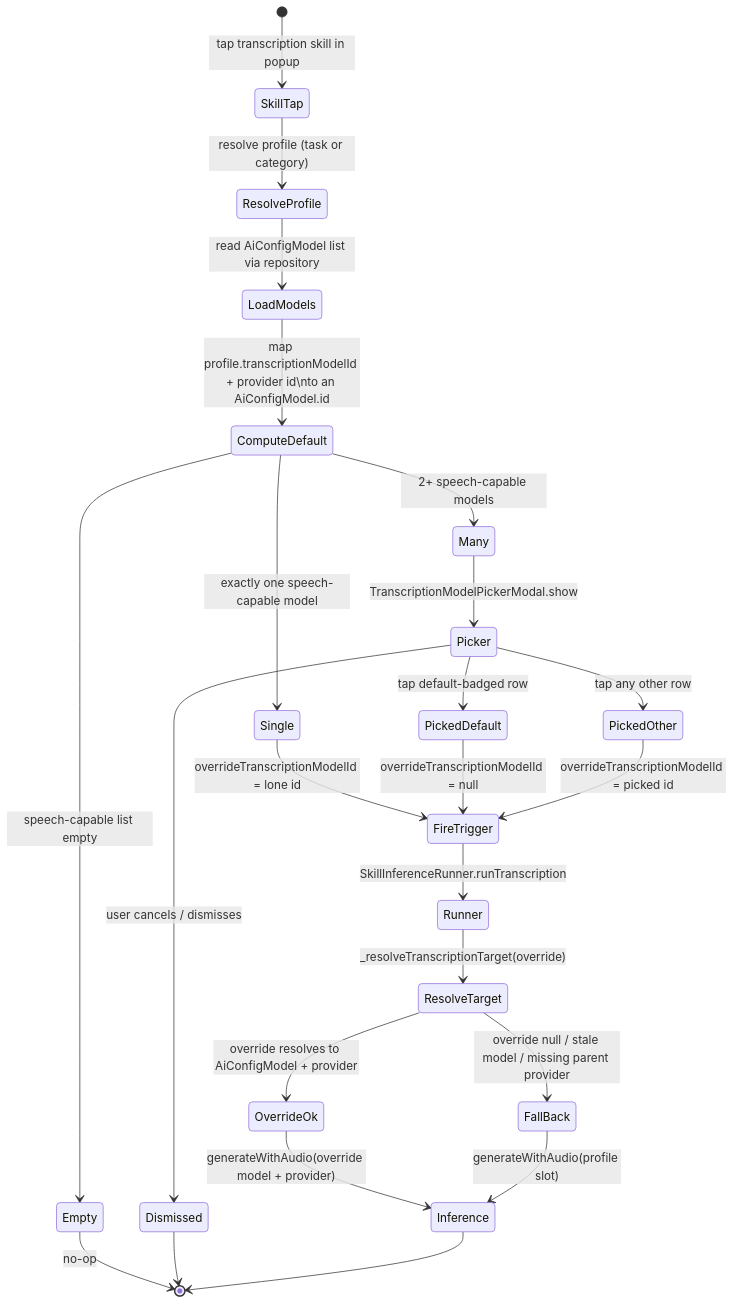
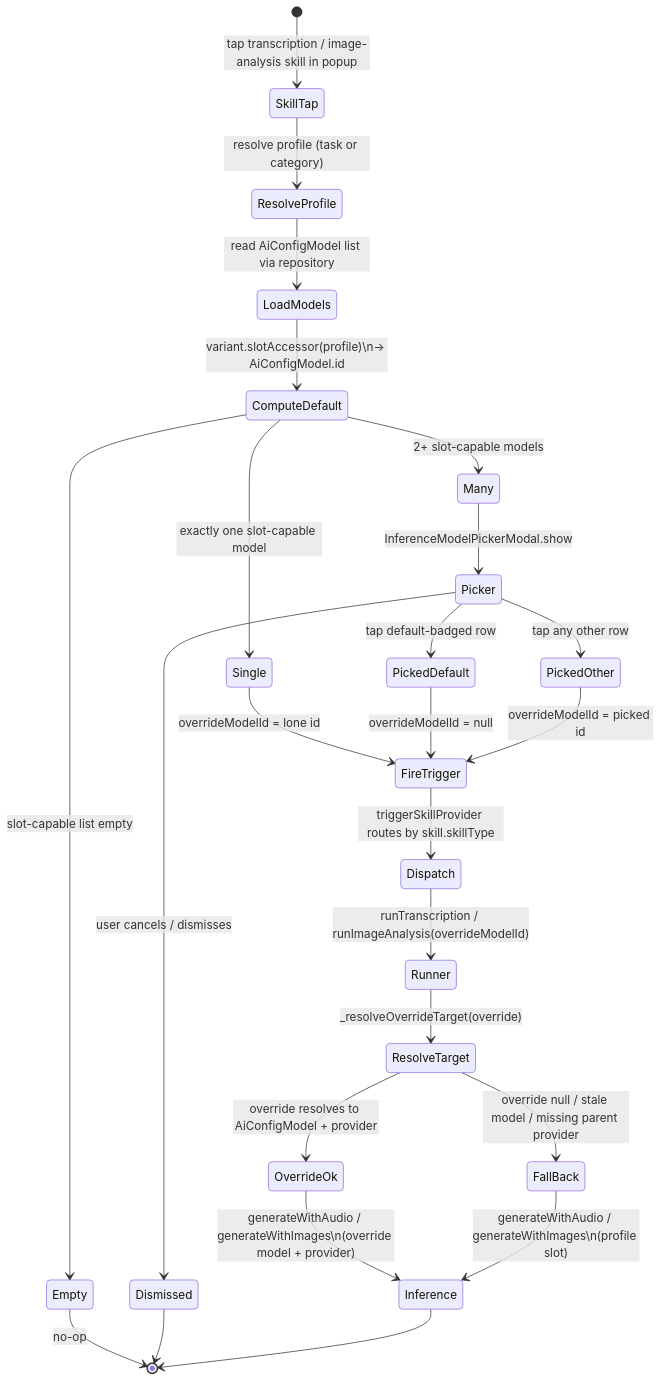
Before and after one commit to matthiasn/lotti: the fifth of 8 diagrams in lib/features/ai/README.md, drawn with Mermaid. The commit also changed other lines of this file and 24 other files, not shown here.

Commit message:
feat: per-invocation image-analysis model picker in AI popup

````diff
--- a/lib/features/ai/README.md
+++ b/lib/features/ai/README.md
@@ -278,26 +280,27 @@
 ```mermaid
 stateDiagram-v2
-  [*] --> SkillTap: tap transcription skill in popup
+  [*] --> SkillTap: tap transcription / image-analysis skill in popup
   SkillTap --> ResolveProfile: resolve profile (task or category)
   ResolveProfile --> LoadModels: read AiConfigModel list via repository
-  LoadModels --> ComputeDefault: map profile.transcriptionModelId + provider id\nto an AiConfigModel.id
-  ComputeDefault --> Empty: speech-capable list empty
-  ComputeDefault --> Single: exactly one speech-capable model
-  ComputeDefault --> Many: 2+ speech-capable models
+  LoadModels --> ComputeDefault: variant.slotAccessor(profile)\n→ AiConfigModel.id
+  ComputeDefault --> Empty: slot-capable list empty
+  ComputeDefault --> Single: exactly one slot-capable model
+  ComputeDefault --> Many: 2+ slot-capable models
   Empty --> [*]: no-op
-  Single --> FireTrigger: overrideTranscriptionModelId = lone id
-  Many --> Picker: TranscriptionModelPickerModal.show
+  Single --> FireTrigger: overrideModelId = lone id
+  Many --> Picker: InferenceModelPickerModal.show
   Picker --> Dismissed: user cancels / dismisses
   Picker --> PickedDefault: tap default-badged row
   Picker --> PickedOther: tap any other row
   Dismissed --> [*]
-  PickedDefault --> FireTrigger: overrideTranscriptionModelId = null
-  PickedOther --> FireTrigger: overrideTranscriptionModelId = picked id
-  FireTrigger --> Runner: SkillInferenceRunner.runTranscription
-  Runner --> ResolveTarget: _resolveTranscriptionTarget(override)
+  PickedDefault --> FireTrigger: overrideModelId = null
+  PickedOther --> FireTrigger: overrideModelId = picked id
+  FireTrigger --> Dispatch: triggerSkillProvider routes by skill.skillType
+  Dispatch --> Runner: runTranscription / runImageAnalysis(overrideModelId)
+  Runner --> ResolveTarget: _resolveOverrideTarget(override)
   ResolveTarget --> OverrideOk: override resolves to AiConfigModel + provider
   ResolveTarget --> FallBack: override null / stale model / missing parent provider
-  OverrideOk --> Inference: generateWithAudio(override model + provider)
-  FallBack --> Inference: generateWithAudio(profile slot)
+  OverrideOk --> Inference: generateWithAudio / generateWithImages\n(override model + provider)
+  FallBack --> Inference: generateWithAudio / generateWithImages\n(profile slot)
   Inference --> [*]
 ```
````
